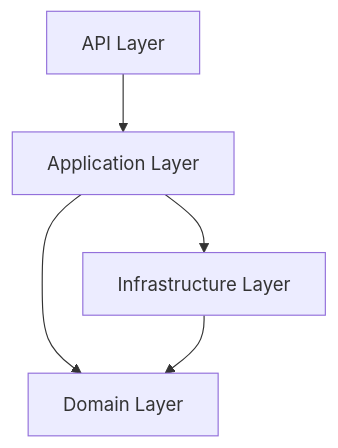
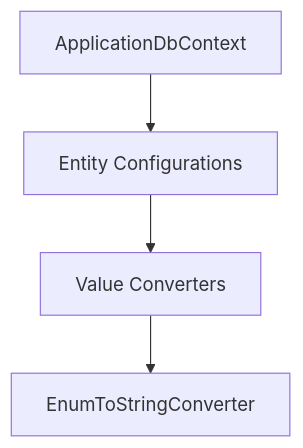
The third of 5 diagrams in memory-bank/systemPatterns.md (hackathon-nstech/database-nsdocs-consumption-module), drawn with Mermaid before and after one commit. The commit also changed other lines of this file and 110 other files, not shown here.

````diff
--- a/memory-bank/systemPatterns.md
+++ b/memory-bank/systemPatterns.md
@@ -191,7 +38,6 @@
 ```mermaid
 graph TD
-    A[API Layer] --> B[Application Layer]
-    B --> C[Domain Layer]
-    B --> D[Infrastructure Layer]
-    D --> C
+    A[ApplicationDbContext] --> B[Entity Configurations]
+    B --> C[Value Converters]
+    C --> D[EnumToStringConverter]
 ```
````
